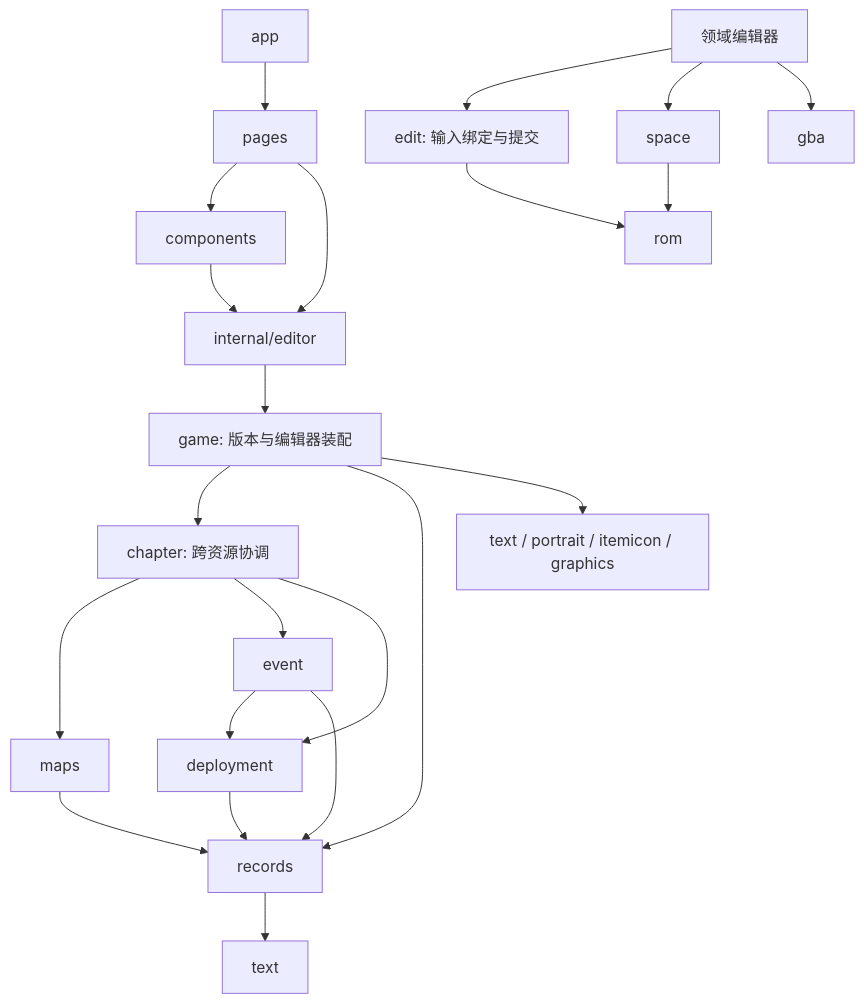
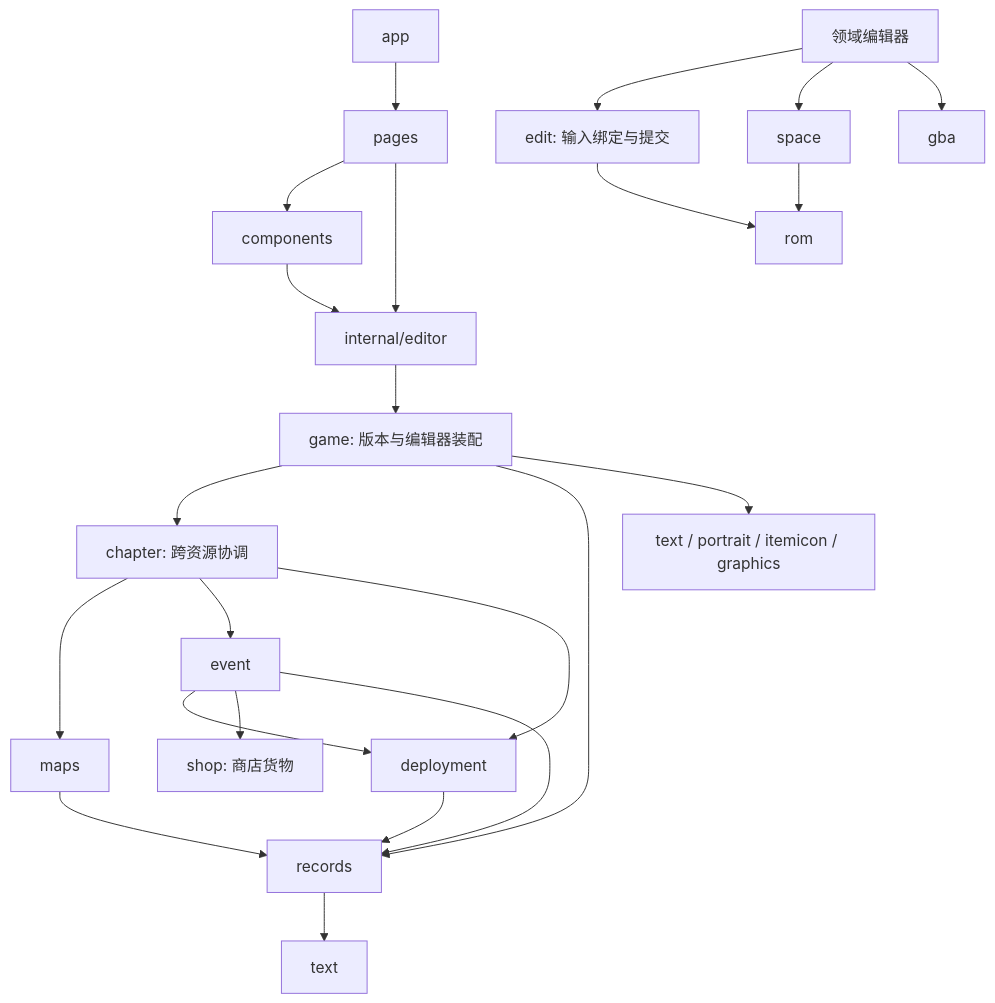
The first of 2 diagrams in docs/architecture.md (woxQAQ/febuildergba-mygo), drawn with Mermaid before and after one commit. The commit also changed other lines of this file and 22 other files, not shown here.

````diff
--- a/docs/architecture.md
+++ b/docs/architecture.md
@@ -53,24 +54,25 @@
 ```mermaid
 flowchart TD
     App[app] --> Pages[pages]
     Pages --> Components[components]
     Pages --> State[internal/editor]
     Components --> State
     State --> Game[game: 版本与编辑器装配]
     Game --> Chapter[chapter: 跨资源协调]
     Game --> Records[records]
     Game --> Media[text / portrait / itemicon / graphics]
     Chapter --> Maps[maps]
     Chapter --> Event[event]
     Chapter --> Deployment[deployment]
     Event --> Deployment
+    Event --> Shop[shop: 商店货物]
     Event --> Records
     Maps --> Records
     Deployment --> Records
     Records --> Text[text]
     Domain[领域编辑器] --> Edit[edit: 输入绑定与提交]
     Edit --> ROM[rom]
     Domain --> Space[space]
     Domain --> GBA[gba]
     Space --> ROM
 ```
````
